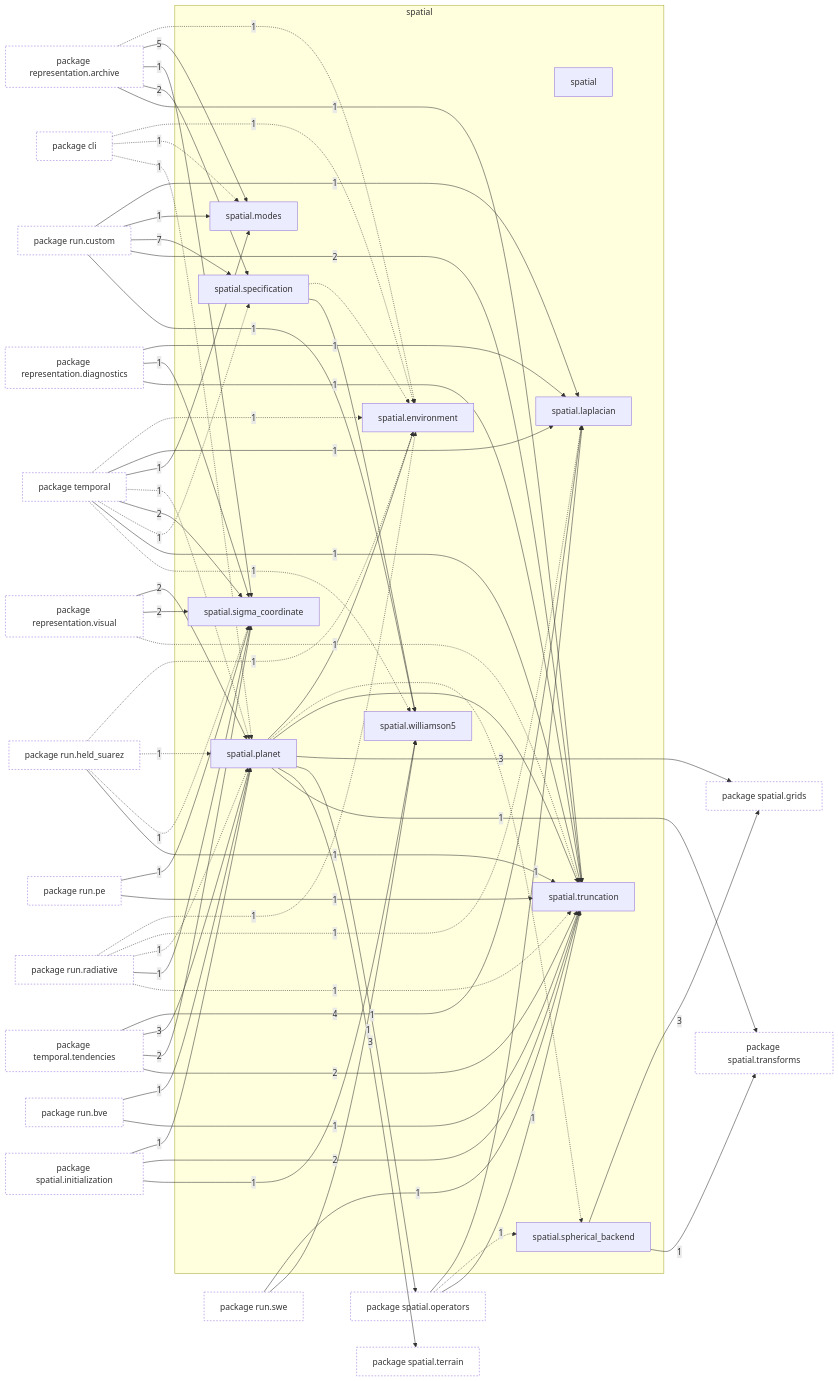
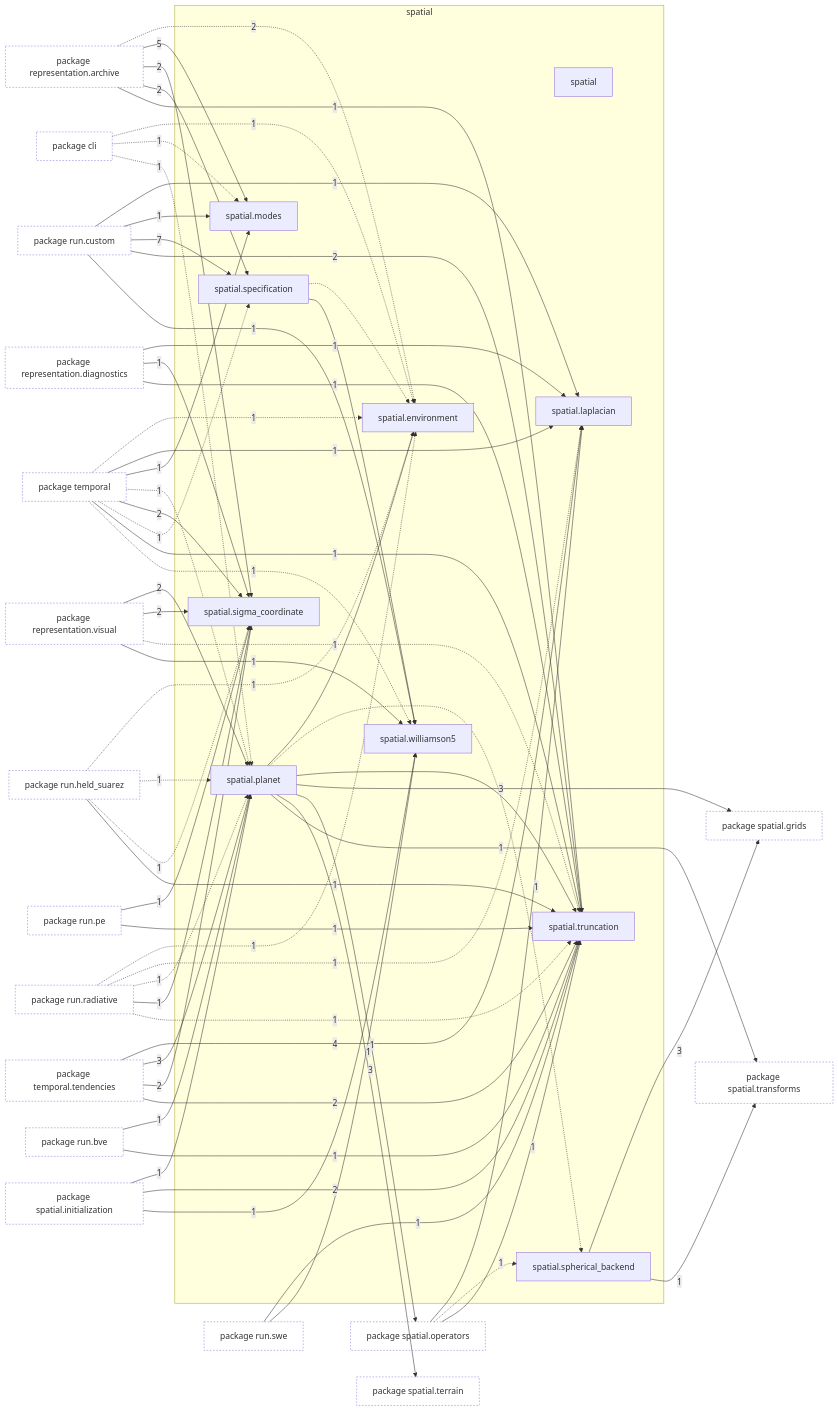
One commit to AlexandreEros/Palintropos changed the first of 2 diagrams in docs/architecture/current/packages/tropoi.spatial.md. Above: the diagram before and after it, drawn with Mermaid. The commit also changed 24 other files, not shown here.

Commit message:
Document Viewer 2 design and refresh architecture snapshot

```diff
--- a/docs/architecture/current/packages/tropoi.spatial.md
+++ b/docs/architecture/current/packages/tropoi.spatial.md
@@ -66,9 +66,9 @@
     p_tropoi_ocli -.->|1| n_tropoi_ospatial_oenvironment
     p_tropoi_ocli -.->|1| n_tropoi_ospatial_omodes
     p_tropoi_ocli -.->|1| n_tropoi_ospatial_oplanet
-    p_tropoi_orepresentation_oarchive -.->|1| n_tropoi_ospatial_oenvironment
+    p_tropoi_orepresentation_oarchive -.->|2| n_tropoi_ospatial_oenvironment
     p_tropoi_orepresentation_oarchive -->|5| n_tropoi_ospatial_omodes
-    p_tropoi_orepresentation_oarchive -->|1| n_tropoi_ospatial_osigma__coordinate
+    p_tropoi_orepresentation_oarchive -->|2| n_tropoi_ospatial_osigma__coordinate
     p_tropoi_orepresentation_oarchive -->|2| n_tropoi_ospatial_ospecification
     p_tropoi_orepresentation_oarchive -->|1| n_tropoi_ospatial_otruncation
     p_tropoi_orepresentation_odiagnostics -->|1| n_tropoi_ospatial_olaplacian
@@ -77,6 +77,7 @@
     p_tropoi_orepresentation_ovisual -->|2| n_tropoi_ospatial_oplanet
     p_tropoi_orepresentation_ovisual -->|2| n_tropoi_ospatial_osigma__coordinate
     p_tropoi_orepresentation_ovisual -.->|1| n_tropoi_ospatial_otruncation
+    p_tropoi_orepresentation_ovisual -->|1| n_tropoi_ospatial_owilliamson5
     p_tropoi_orun_obve -->|1| n_tropoi_ospatial_oplanet
     p_tropoi_orun_obve -->|1| n_tropoi_ospatial_otruncation
     p_tropoi_orun_ocustom -->|1| n_tropoi_ospatial_olaplacian
```
